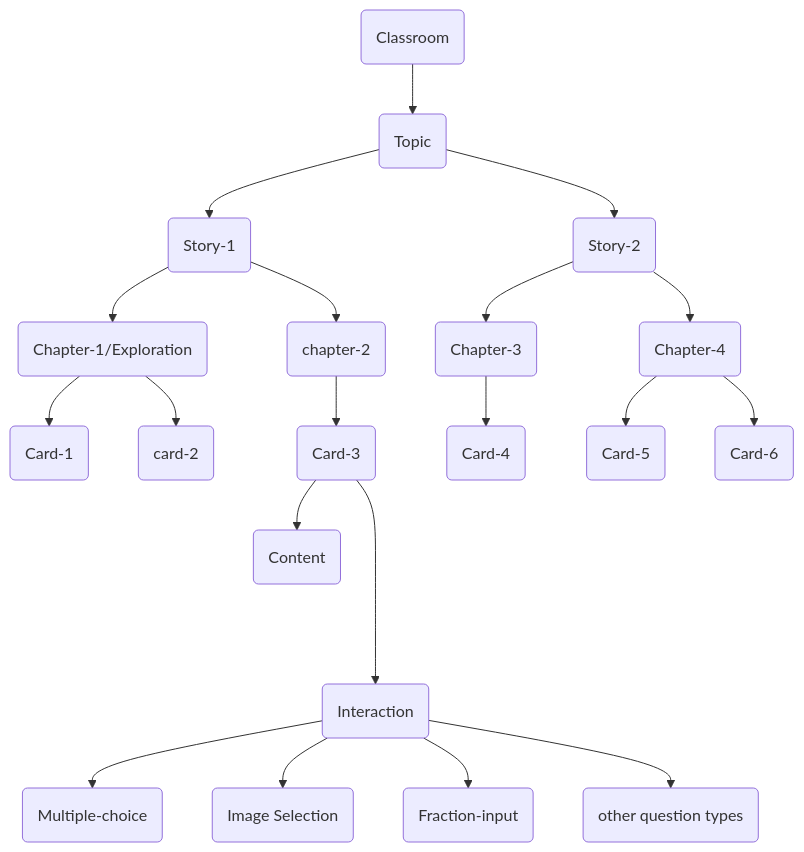
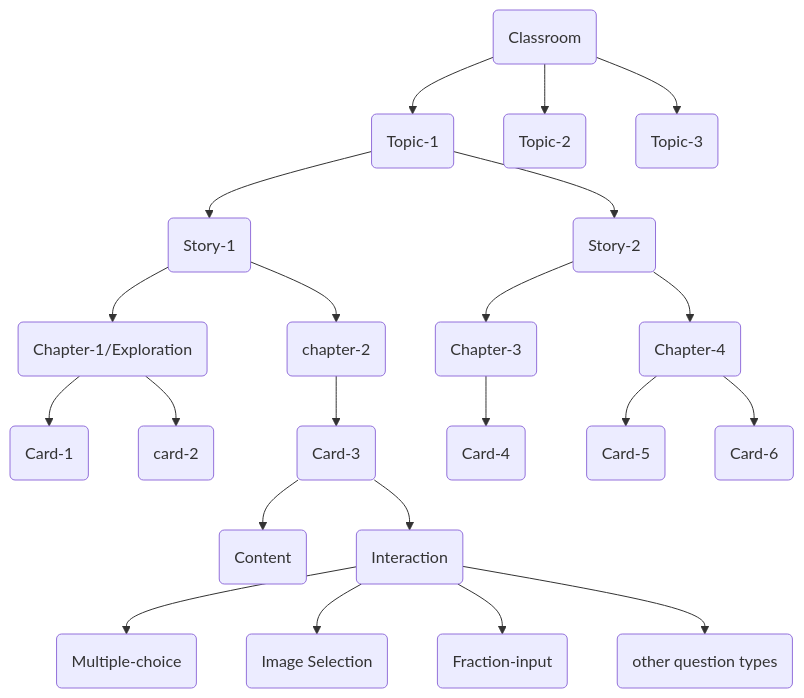
The diagram in How-to-access-Oppia-webpages.md (oppia/oppia-web-developer-docs), drawn with Mermaid before and after one commit. The commit also changed other lines of this file, not shown here.

Commit message:
docs: address review comments and fix entity diagram

````diff
--- a/How-to-access-Oppia-webpages.md
+++ b/How-to-access-Oppia-webpages.md
@@ -162,22 +151,24 @@
 ```mermaid
 flowchart TD
-C("Classroom")--> T("Topic")
-T("Topic") --> S1("Story-1")
-T --> S2("Story-2")
+C("Classroom") --> T1("Topic-1")
+C --> T2("Topic-2")
+C --> T3("Topic-3")
+T1 --> S1("Story-1")
+T1 --> S2("Story-2")
 S1 --> C1("Chapter-1/Exploration")
 C1 --> c1("Card-1")
 C1 --> c2("card-2")
 S1 --> C2("chapter-2")
 C2 --> c3("Card-3")
 c3 --> co("Content")
-c3 ----> in("Interaction")
+c3 --> in("Interaction")
 in --> mc("Multiple-choice")
 in --> is("Image Selection")
 in --> fi("Fraction-input")
 in --> oqt("other question types")
 S2 --> C3("Chapter-3")
 S2 --> C4("Chapter-4")
 C3 --> c4("Card-4")
 C4 --> c5("Card-5")
 C4 --> c6("Card-6")
 ```
````
